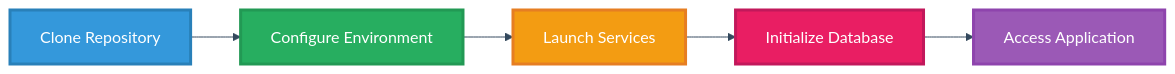
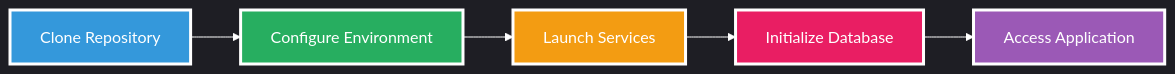
One commit to PriscillaOng12/AI-Code-Review-Squad changed the seventh of 20 diagrams in README.md. Above: the diagram before and after it, drawn with Mermaid. The commit also changed other lines of this file, not shown here.

````diff
--- a/README.md
+++ b/README.md
@@ -213,14 +213,14 @@
 ```mermaid
-%%{init: {'theme': 'base', 'themeVariables': {'primaryColor': '#ffffff', 'primaryTextColor': '#2c3e50', 'primaryBorderColor': '#2c3e50', 'lineColor': '#34495e', 'secondaryColor': '#ffffff', 'tertiaryColor': '#ffffff', 'background': '#ffffff', 'mainBkg': '#ffffff', 'secondBkg': '#ffffff', 'tertiaryBkg': '#ffffff'}}}%%
+%%{init: {'theme': 'dark', 'themeVariables': {'primaryColor': 'transparent', 'primaryTextColor': '#ffffff', 'primaryBorderColor': '#ffffff', 'lineColor': '#ffffff', 'secondaryColor': 'transparent', 'tertiaryColor': 'transparent', 'background': 'transparent', 'mainBkg': 'transparent', 'secondBkg': 'transparent', 'tertiaryBkg': 'transparent', 'clusterBkg': 'transparent', 'clusterBorder': '#ffffff', 'edgeLabelBackground': 'transparent'}}}%%
 graph LR
     A[Clone Repository] --> B[Configure Environment] 
     B --> C[Launch Services]
     C --> D[Initialize Database]
     D --> E[Access Application]
     
-    style A fill:#3498db,stroke:#2980b9,stroke-width:3px,color:#ffffff
-    style B fill:#27ae60,stroke:#229954,stroke-width:3px,color:#ffffff
-    style C fill:#f39c12,stroke:#e67e22,stroke-width:3px,color:#ffffff
-    style D fill:#e91e63,stroke:#c2185b,stroke-width:3px,color:#ffffff
-    style E fill:#9b59b6,stroke:#8e44ad,stroke-width:3px,color:#ffffff
+    style A fill:#3498db,stroke:#ffffff,stroke-width:3px,color:#ffffff
+    style B fill:#27ae60,stroke:#ffffff,stroke-width:3px,color:#ffffff
+    style C fill:#f39c12,stroke:#ffffff,stroke-width:3px,color:#ffffff
+    style D fill:#e91e63,stroke:#ffffff,stroke-width:3px,color:#ffffff
+    style E fill:#9b59b6,stroke:#ffffff,stroke-width:3px,color:#ffffff
 ```
````
